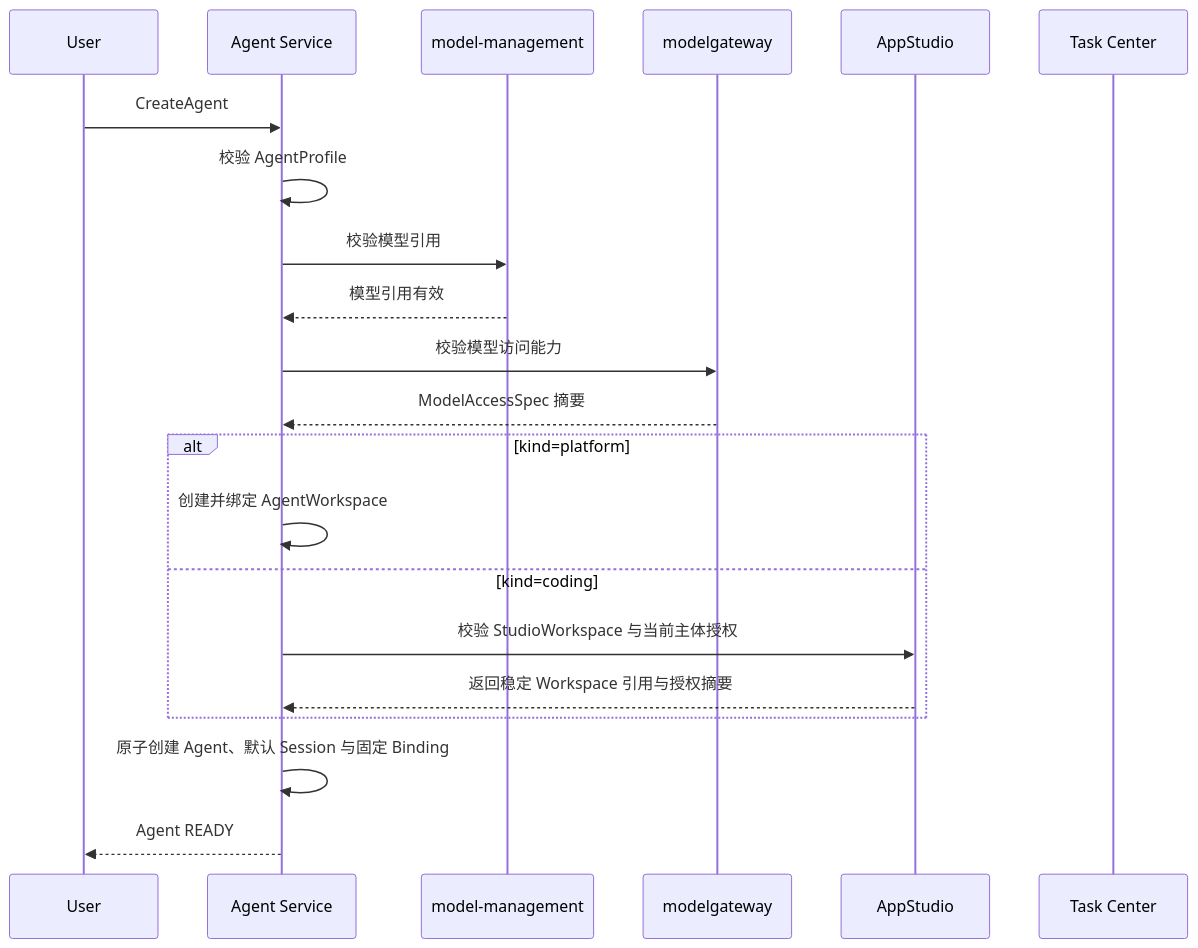
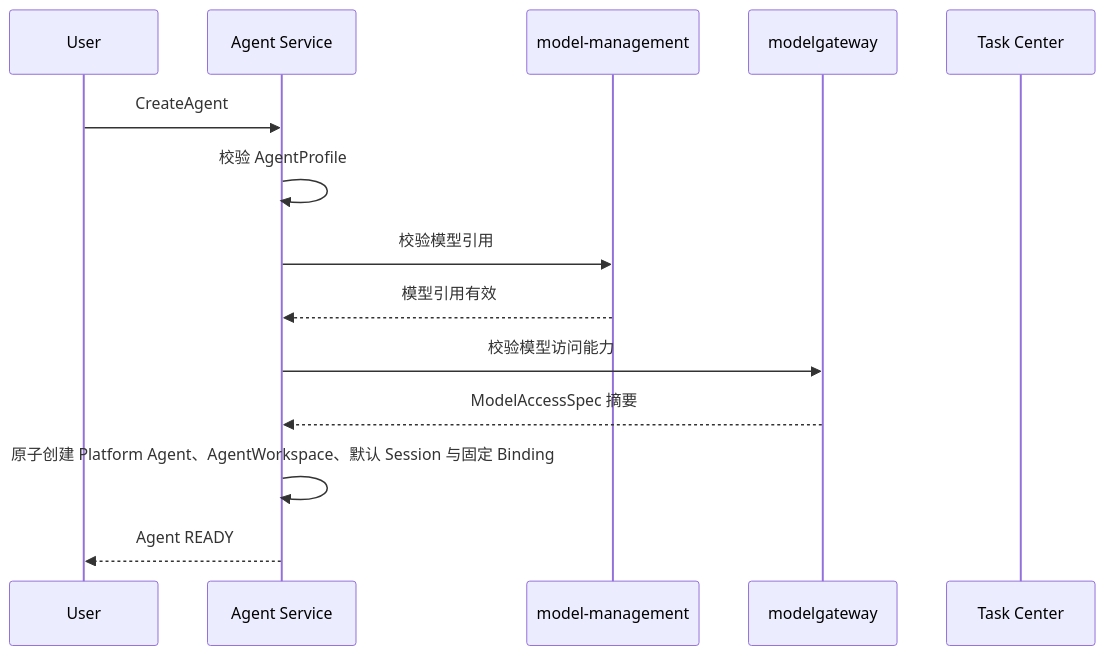
Before and after one commit to wangweihong/omnimam-spec: the fifth of 9 diagrams in 00_product/domains/agent/product-spec.md, drawn with Mermaid. The commit also changed other lines of this file and 23 other files, not shown here.

````diff
--- a/00_product/domains/agent/product-spec.md
+++ b/00_product/domains/agent/product-spec.md
@@ -1154,28 +1161,20 @@
 ```mermaid
 sequenceDiagram
     participant U as User
     participant AS as Agent Service
     participant MM as model-management
     participant MG as modelgateway
-    participant ST as AppStudio
     participant TC as Task Center
 
     U->>AS: CreateAgent
     AS->>AS: 校验 AgentProfile
 
     AS->>MM: 校验模型引用
     MM-->>AS: 模型引用有效
 
     AS->>MG: 校验模型访问能力
     MG-->>AS: ModelAccessSpec 摘要
 
-    alt kind=platform
-        AS->>AS: 创建并绑定 AgentWorkspace
-    else kind=coding
-        AS->>ST: 校验 StudioWorkspace 与当前主体授权
-        ST-->>AS: 返回稳定 Workspace 引用与授权摘要
-    end
-
-    AS->>AS: 原子创建 Agent、默认 Session 与固定 Binding
+    AS->>AS: 原子创建 Platform Agent、AgentWorkspace、默认 Session 与固定 Binding
     AS-->>U: Agent READY
 ```
````
